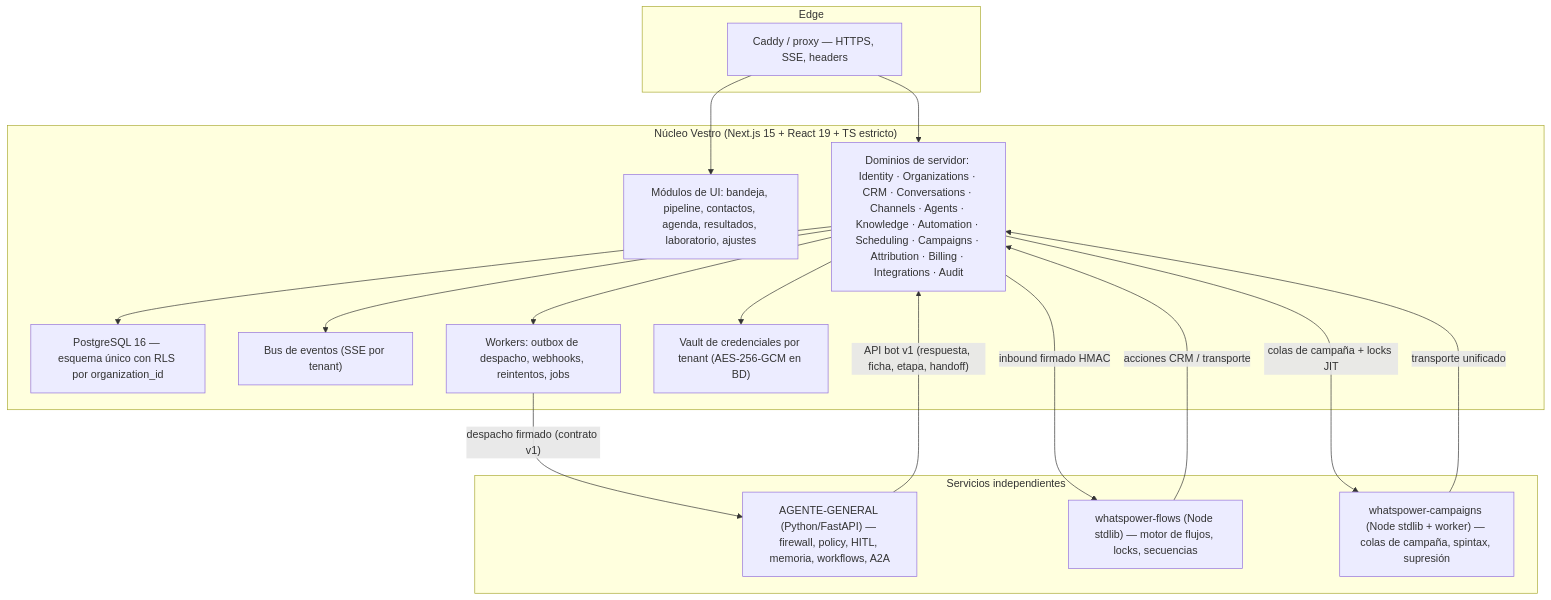
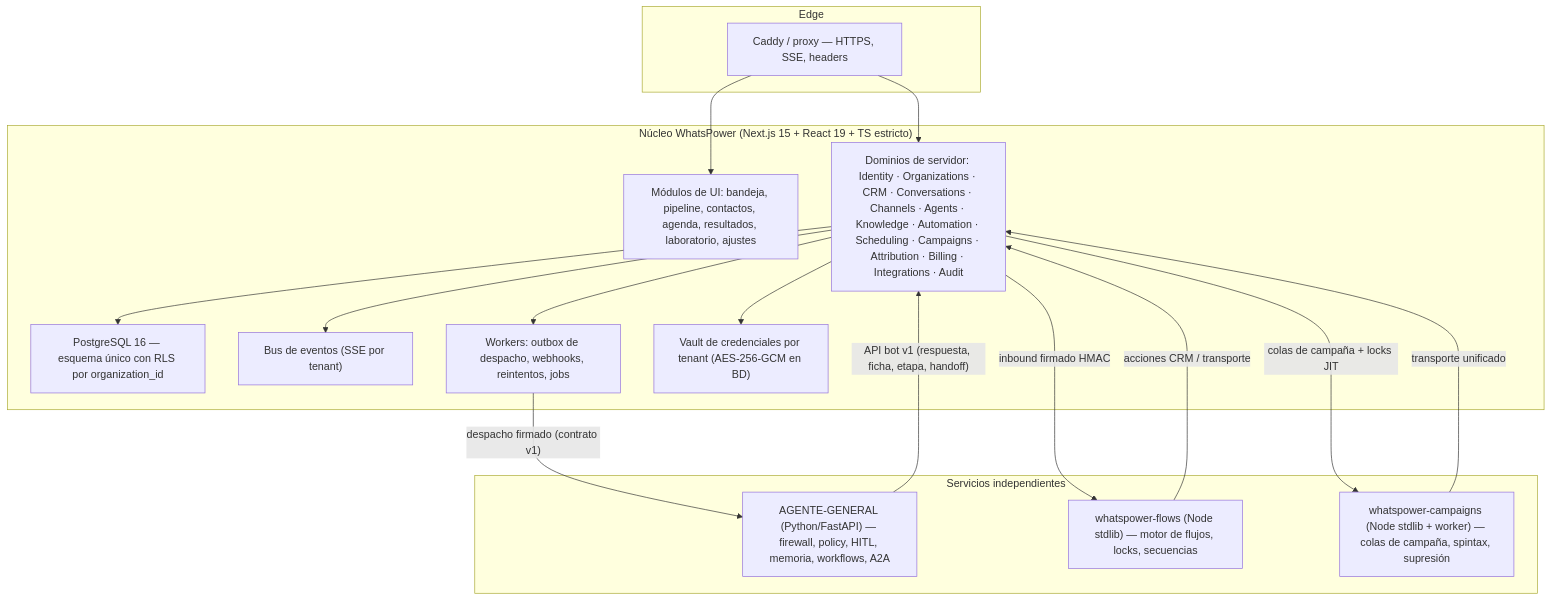
Before and after one commit to ALBRA8/CRM-WHATSPOWER: the second of 3 diagrams in CONTEXTO CRM/00_MASTER/ARQUITECTURA_MAESTRA_CRM.md, drawn with Mermaid. The commit also changed other lines of this file and 20 other files, not shown here.

Commit message:
docs(CONTEXTO CRM): rebrand CRM WhatsPower — D-030, sesión SES-2026-11-28-c, PROJECT_STATE/INDEX/GLOSSARY/SESSION_INDEX al día

````diff
--- a/CONTEXTO CRM/00_MASTER/ARQUITECTURA_MAESTRA_CRM.md
+++ b/CONTEXTO CRM/00_MASTER/ARQUITECTURA_MAESTRA_CRM.md
@@ -103,32 +103,32 @@
 ```mermaid
 graph TB
     subgraph Edge
         CADDY["Caddy / proxy — HTTPS, SSE, headers"]
     end
-    subgraph Core["Núcleo Vestro (Next.js 15 + React 19 + TS estricto)"]
+    subgraph Core["Núcleo WhatsPower (Next.js 15 + React 19 + TS estricto)"]
         UI["Módulos de UI: bandeja, pipeline, contactos, agenda, resultados, laboratorio, ajustes"]
         DOM["Dominios de servidor: Identity · Organizations · CRM · Conversations · Channels · Agents · Knowledge · Automation · Scheduling · Campaigns · Attribution · Billing · Integrations · Audit"]
         DB["PostgreSQL 16 — esquema único con RLS por organization_id"]
         BUS["Bus de eventos (SSE por tenant)"]
         WKR["Workers: outbox de despacho, webhooks, reintentos, jobs"]
         VLT["Vault de credenciales por tenant (AES-256-GCM en BD)"]
     end
     subgraph Servicios["Servicios independientes"]
         AGENT["AGENTE-GENERAL (Python/FastAPI) — firewall, policy, HITL, memoria, workflows, A2A"]
         FLOWS["whatspower-flows (Node stdlib) — motor de flujos, locks, secuencias"]
         CAMPS["whatspower-campaigns (Node stdlib + worker) — colas de campaña, spintax, supresión"]
     end
 
     CADDY --> UI
     CADDY --> DOM
     DOM --> DB
     DOM --> BUS
     DOM --> WKR
     DOM --> VLT
     WKR -- "despacho firmado (contrato v1)" --> AGENT
     AGENT -- "API bot v1 (respuesta, ficha, etapa, handoff)" --> DOM
     DOM -- "inbound firmado HMAC" --> FLOWS
     FLOWS -- "acciones CRM / transporte" --> DOM
     DOM -- "colas de campaña + locks JIT" --> CAMPS
     CAMPS -- "transporte unificado" --> DOM
 ```
````
